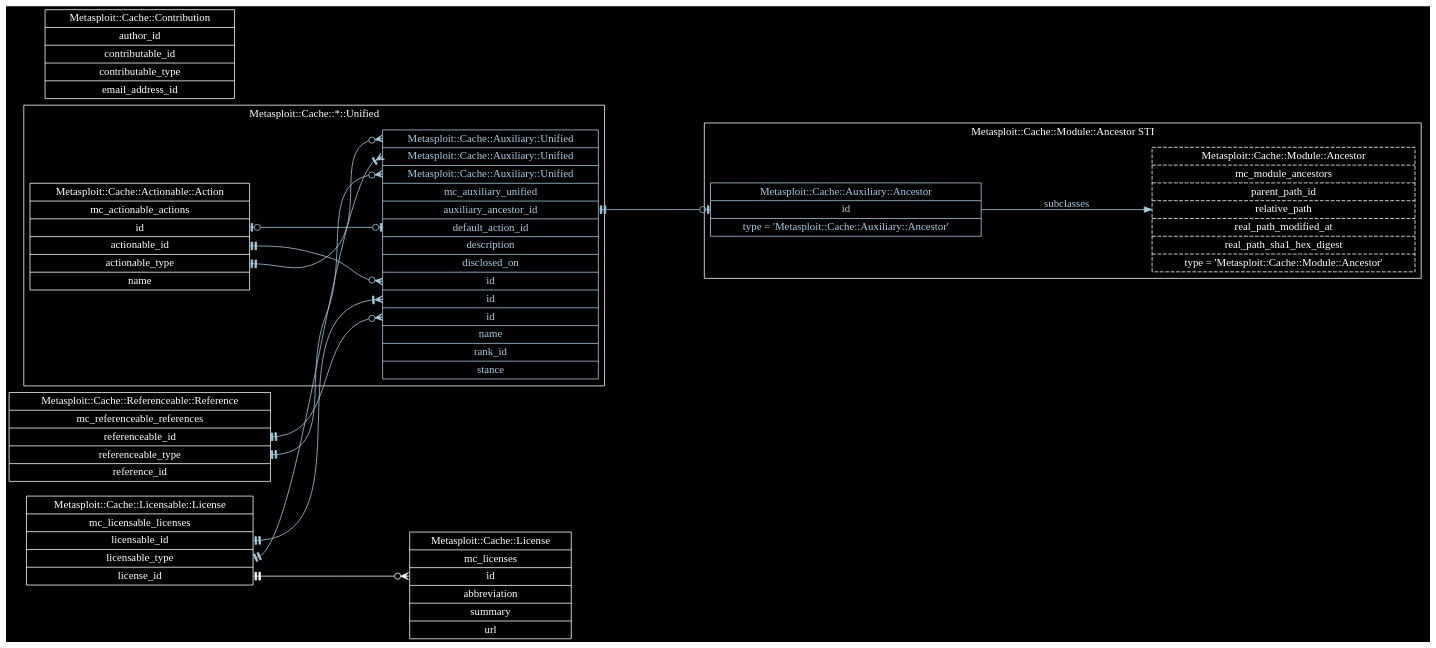
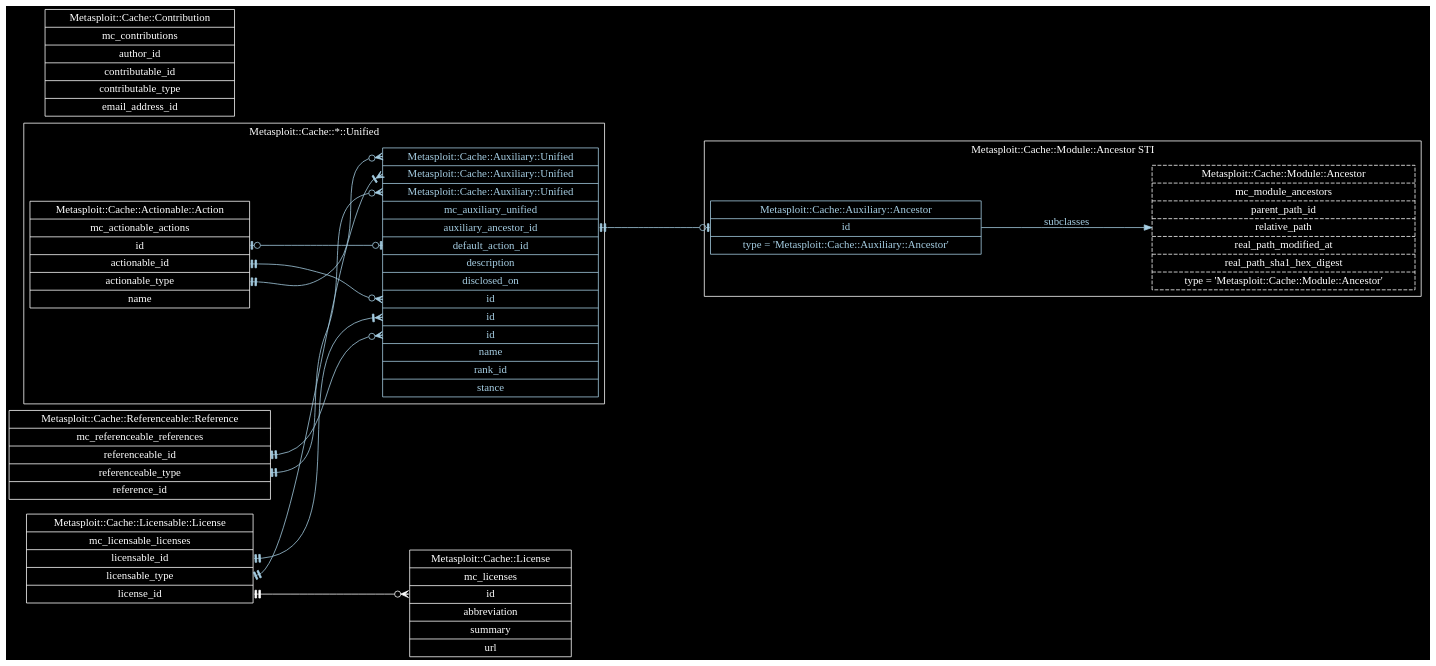
Before and after one commit to rapid7/metasploit-cache: the diagram in docs/metasploit-cache-read-model.dot, drawn with Graphviz. The commit also changed 1 other file, not shown here.

Commit message:
Add table name to Contributions
MSP-12192

```diff
--- a/docs/metasploit-cache-read-model.dot
+++ b/docs/metasploit-cache-read-model.dot
@@ -1,133 +1,133 @@
 digraph "Metasploit::Cache Read Model" {
   edge [
     color = "white"
     fontcolor = "white"
   ]
   graph [
     bgcolor = "black"
     rankdir = "LR"
     ranksep = "2"
   ]
   node [
     color = "white"
     fontcolor = "white"
     shape = "record"
   ]
 
   "Metasploit::Cache::Actionable::Action" [
     label = "Metasploit::Cache::Actionable::Action | mc_actionable_actions | <id>id | <actionable_id>actionable_id | <actionable_type>actionable_type | name"
   ]
 
   "Metasploit::Cache::Actionable::Action":actionable_id -> "Metasploit::Cache::Auxiliary::Unified":id_for_actionable_id [
     arrowhead = "crowodot"
     arrowtail = "teetee"
     color = "/paired9/1"
     dir = "both"
   ]
 
   "Metasploit::Cache::Actionable::Action":actionable_type -> "Metasploit::Cache::Auxiliary::Unified":type_for_actionable_type [
     arrowhead = "crowodot"
     arrowtail = "teetee"
     color = "/paired9/1"
     dir = "both"
   ]
 
   "Metasploit::Cache::Contribution" [
-    label = "Metasploit::Cache::Contribution | author_id | <contributable_id>contributable_id | <contributable_type>contributable_type | email_address_id"
+    label = "Metasploit::Cache::Contribution | mc_contributions | author_id | <contributable_id>contributable_id | <contributable_type>contributable_type | email_address_id"
   ]
 
   "Metasploit::Cache::License" [
     label = "Metasploit::Cache::License | mc_licenses | <id>id | abbreviation | summary | url"
   ]
 
   "Metasploit::Cache::Licensable::License" [
     label = "Metasploit::Cache::Licensable::License | mc_licensable_licenses | <licensable_id>licensable_id | <licensable_type>licensable_type | <license_id>license_id"
   ]
 
   "Metasploit::Cache::Licensable::License":licensable_id -> "Metasploit::Cache::Auxiliary::Unified":id_for_licensable_id [
     arrowhead = "crowtee"
     arrowtail = "teetee"
     color = "/paired9/1"
     dir = "both"
   ]
 
   "Metasploit::Cache::Licensable::License":licensable_type -> "Metasploit::Cache::Auxiliary::Unified":type_for_licensable_type [
     arrowhead = "crowtee"
     arrowtail = "teetee"
     color = "/paired9/1"
     dir = "both"
   ]
 
   "Metasploit::Cache::Licensable::License":license_id -> "Metasploit::Cache::License":id [
     arrowhead = "crowodot"
     arrowtail = "teetee"
     dir = "both"
   ]
 
   "Metasploit::Cache::Referenceable::Reference" [
     label = "Metasploit::Cache::Referenceable::Reference | mc_referenceable_references | <referenceable_id>referenceable_id | <referenceable_type>referenceable_type | reference_id"
   ]
 
   "Metasploit::Cache::Referenceable::Reference":referenceable_id -> "Metasploit::Cache::Auxiliary::Unified":id_for_referenceable_id [
     arrowhead = "crowodot"
     arrowtail = "teetee"
     color = "/paired9/1"
     dir = "both"
   ]
 
   "Metasploit::Cache::Referenceable::Reference":referenceable_type -> "Metasploit::Cache::Auxiliary::Unified":type_for_referenceable_type [
     arrowhead = "crowodot"
     arrowtail = "teetee"
     color = "/paired9/1"
     dir = "both"
   ]
 
   subgraph cluster_mc_module_ancestors {
     color = "white"
     fontcolor = "white"
     label = "Metasploit::Cache::Module::Ancestor STI"
 
     "Metasploit::Cache::Module::Ancestor" [
       label = "Metasploit::Cache::Module::Ancestor | mc_module_ancestors | parent_path_id | relative_path | real_path_modified_at | real_path_sha1_hex_digest | type = 'Metasploit::Cache::Module::Ancestor'"
       style = "dashed"
     ]
 
     "Metasploit::Cache::Auxiliary::Ancestor" [
       fontcolor = "/paired9/1"
       label = "Metasploit::Cache::Auxiliary::Ancestor | <id>id | type = 'Metasploit::Cache::Auxiliary::Ancestor'"
       color = "/paired9/1"
     ]
 
     "Metasploit::Cache::Auxiliary::Ancestor" -> "Metasploit::Cache::Module::Ancestor" [
       color = "/paired9/1"
       fontcolor = "/paired9/1"
       label = "subclasses"
     ]
   }
 
   subgraph cluster_metasploit_cache_unified {
     color = "white"
     fontcolor = "white"
     label = "Metasploit::Cache::*::Unified"
 
     "Metasploit::Cache::Auxiliary::Unified" [
       color = "/paired9/1"
       fontcolor = "/paired9/1"
       label = "<type_for_actionable_type>Metasploit::Cache::Auxiliary::Unified | <type_for_licensable_type>Metasploit::Cache::Auxiliary::Unified | <type_for_referenceable_type>Metasploit::Cache::Auxiliary::Unified | mc_auxiliary_unified | <auxiliary_ancestor_id>auxiliary_ancestor_id | <default_action_id>default_action_id | description | disclosed_on | <id_for_actionable_id>id | <id_for_licensable_id>id | <id_for_referenceable_id>id | name | rank_id | stance"
     ]
 
     "Metasploit::Cache::Auxiliary::Unified":auxiliary_ancestor_id -> "Metasploit::Cache::Auxiliary::Ancestor":id [
       arrowhead = "teeodot"
       arrowtail = "teetee"
       color = "/paired9/1"
       dir = "both"
     ]
 
     "Metasploit::Cache::Auxiliary::Unified":default_action_id -> "Metasploit::Cache::Actionable::Action":id [
       arrowhead = "teeodot"
       arrowtail = "teeodot"
       color = "/paired9/1"
       dir = "both"
     ]
   }
 }
```
